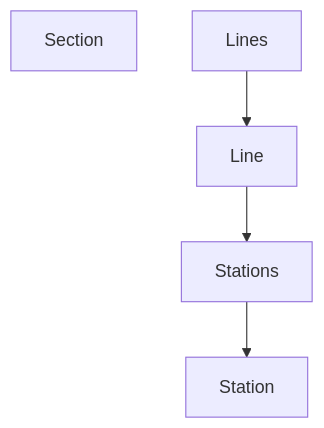
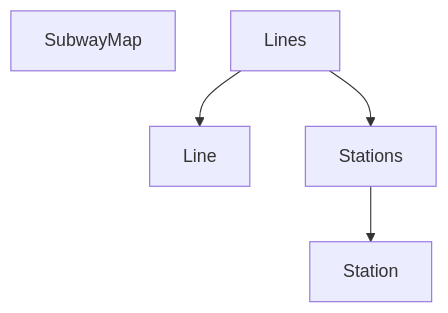
The diagram in README.md (woowacourse/jwp-subway-path), drawn with Mermaid before and after one commit. The commit also changed other lines of this file, not shown here.

````diff
--- a/README.md
+++ b/README.md
@@ -154,7 +126,8 @@
 ```mermaid
 graph TD
-    Section
+    SubwayMap
+    
     Lines --> Line
-    Line --> Stations
+    Lines --> Stations
     Stations --> Station
 ```
````
